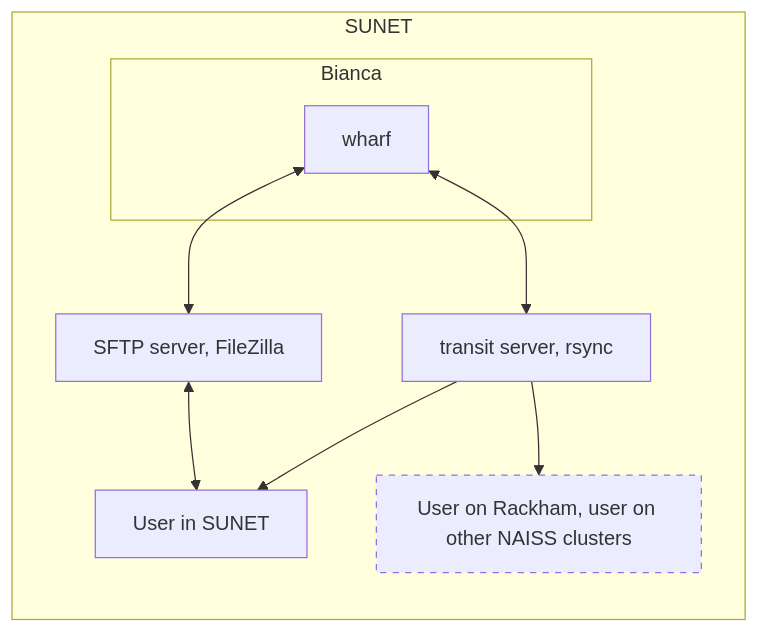
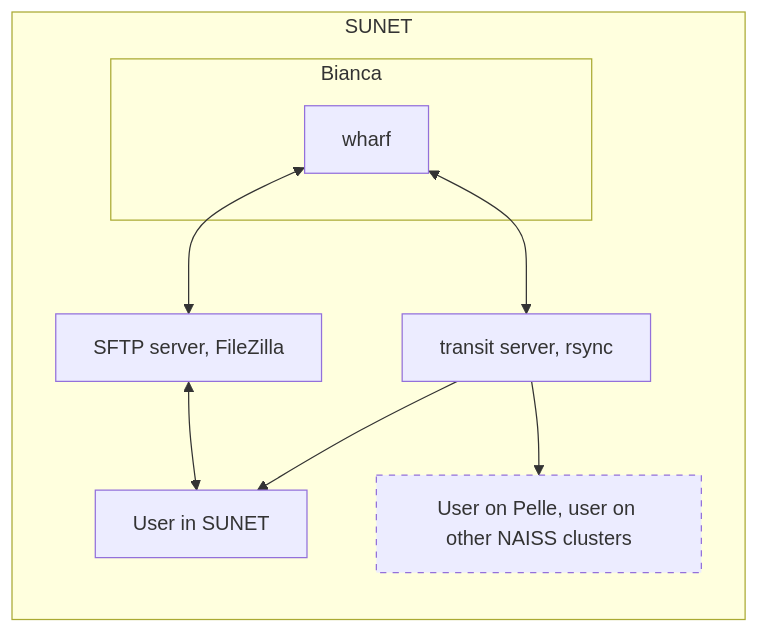
One commit to UPPMAX/bianca_workshops changed the diagram in docs/intermediate/transfer.md. Above: the diagram before and after it, drawn with Mermaid.

Commit message:
Rackham is decomissioned

````diff
--- a/docs/intermediate/transfer.md
+++ b/docs/intermediate/transfer.md
@@ -119,18 +119,18 @@
 ```mermaid
 flowchart LR
   classDef low_focus_node stroke-dasharray: 5 5
   subgraph sunet[SUNET]
     subgraph bianca[Bianca]
       wharf
     end
     transit[transit server, rsync]
     sftp_server[SFTP server, FileZilla]
     user[User in SUNET]
-    other_users[User on Rackham, user on other NAISS clusters]:::low_focus_node
+    other_users[User on Pelle, user on other NAISS clusters]:::low_focus_node
     wharf <--> transit
     wharf <--> sftp_server
     transit --> user
     transit --> other_users
     sftp_server <--> user
   end
 ```
````
